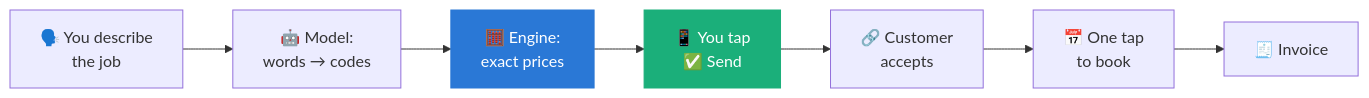
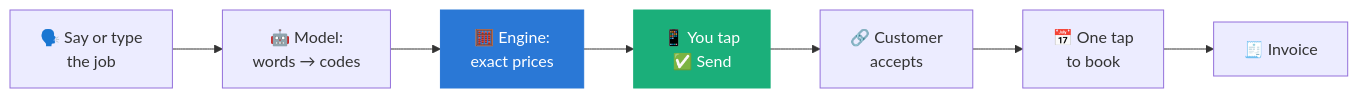
One commit to MKempler/docket changed the diagram in README.md. Above: the diagram before and after it, drawn with Mermaid.

Commit message:
README: diagram starts with saying or typing the job

````diff
--- a/README.md
+++ b/README.md
@@ -84,11 +84,11 @@
 ```mermaid
 flowchart LR
-    A["🗣️ You describe<br/>the job"] --> B["🤖 Model:<br/>words → codes"]
+    A["🗣️ Say or type<br/>the job"] --> B["🤖 Model:<br/>words → codes"]
     B --> C["🧮 Engine:<br/>exact prices"]
     C --> D["📱 You tap<br/>✅ Send"]
     D --> E["🔗 Customer<br/>accepts"]
     E --> F["📅 One tap<br/>to book"]
     F --> G["🧾 Invoice"]
     style C fill:#2a78d6,color:#fff,stroke:#2a78d6
     style D fill:#1baf7a,color:#fff,stroke:#1baf7a
 ```
````
